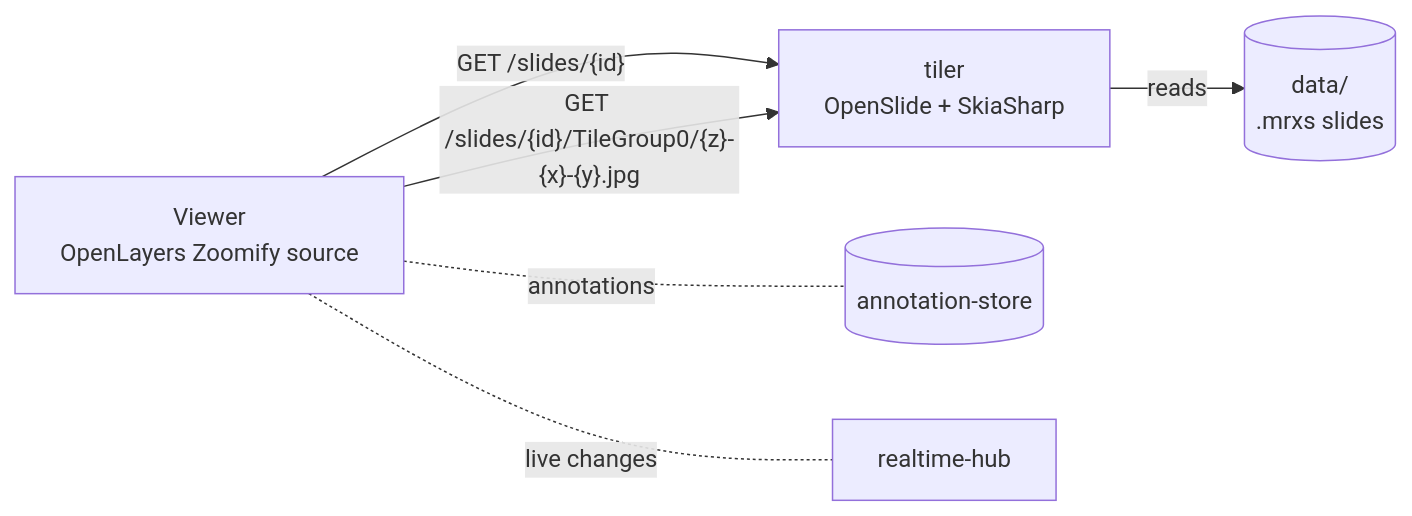
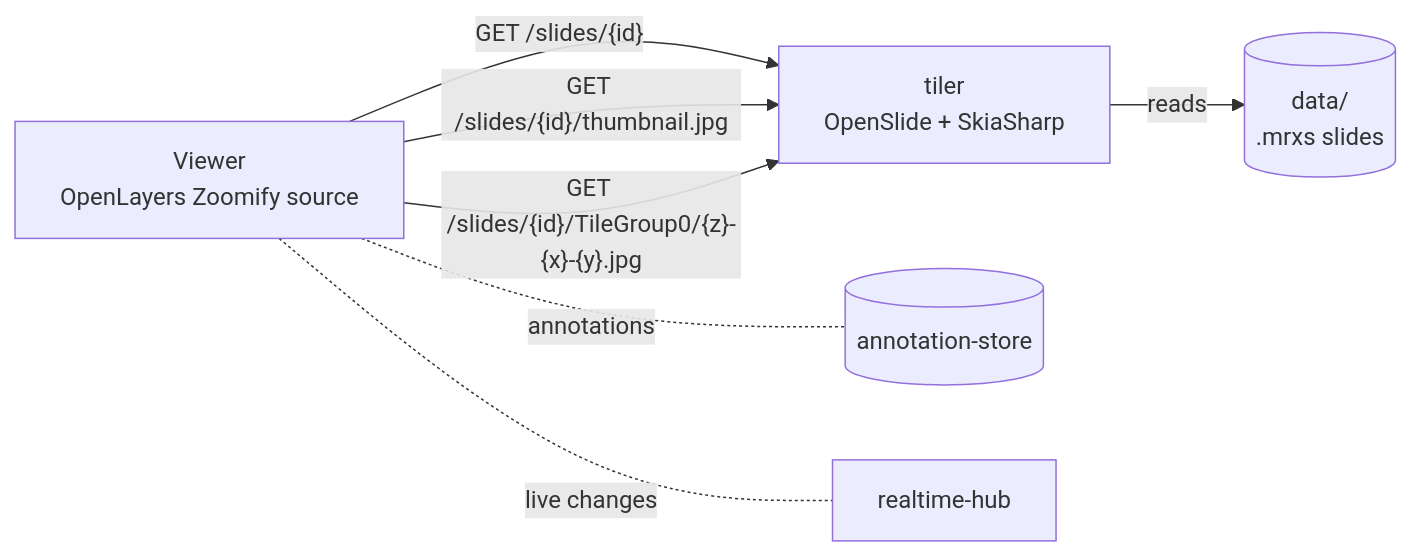
The first of 2 diagrams in docs/breakdown/tiler.md (ewanhmack05/Diss-Project), drawn with Mermaid before and after one commit. The commit also changed other lines of this file and 63 other files, not shown here.

````diff
--- a/docs/breakdown/tiler.md
+++ b/docs/breakdown/tiler.md
@@ -29,13 +29,14 @@
 ```mermaid
 flowchart LR
   V["Viewer<br/>OpenLayers Zoomify source"]
   T["tiler<br/>OpenSlide + SkiaSharp"]
   F[("data/<br/>.mrxs slides")]
   S[("annotation-store")]
   H["realtime-hub"]
   V -- "GET /slides/{id}" --> T
+  V -- "GET /slides/{id}/thumbnail.jpg" --> T
   V -- "GET /slides/{id}/TileGroup0/{z}-{x}-{y}.jpg" --> T
   T -- "reads" --> F
   V -. "annotations" .- S
   V -. "live changes" .- H
 ```
````
